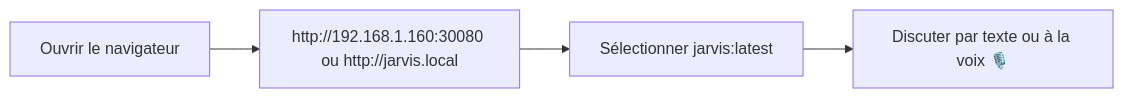
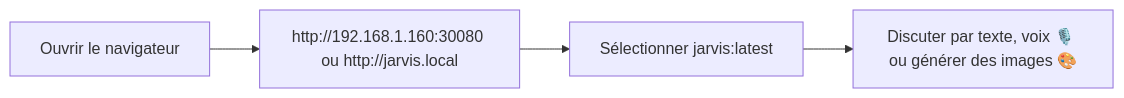
The first of 2 diagrams in manuel.md (xelnagas/argocd-IA-local), drawn with Mermaid before and after one commit. The commit also changed other lines of this file and 10 other files, not shown here.

````diff
--- a/manuel.md
+++ b/manuel.md
@@ -25,6 +26,6 @@
 ```mermaid
 flowchart LR
     A[Ouvrir le navigateur] --> B["http://192.168.1.160:30080 ou http://jarvis.local"]
     B --> C["Sélectionner jarvis:latest"]
-    C --> D[Discuter par texte ou à la voix 🎙️]
+    C --> D[Discuter par texte, voix 🎙️ ou générer des images 🎨]
 ```
````
